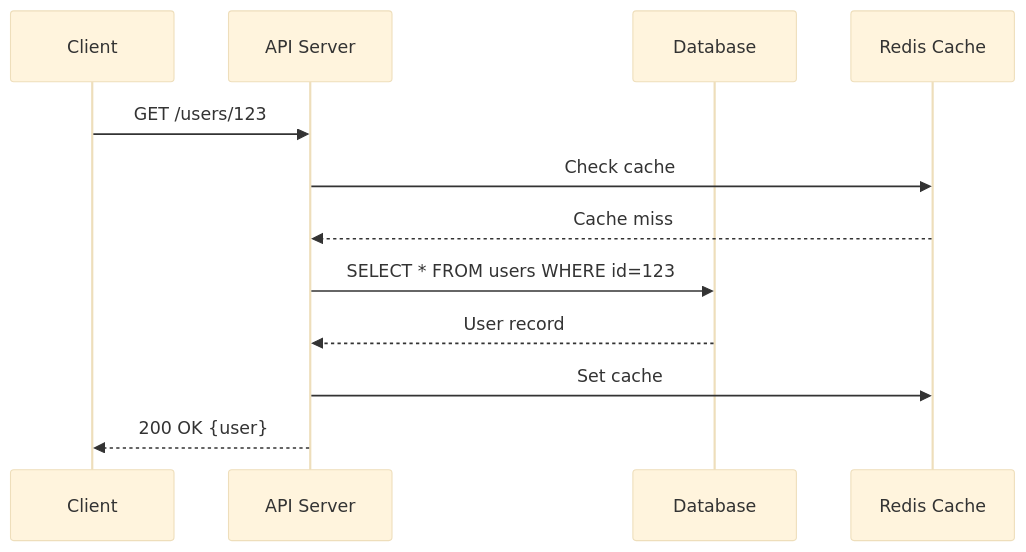
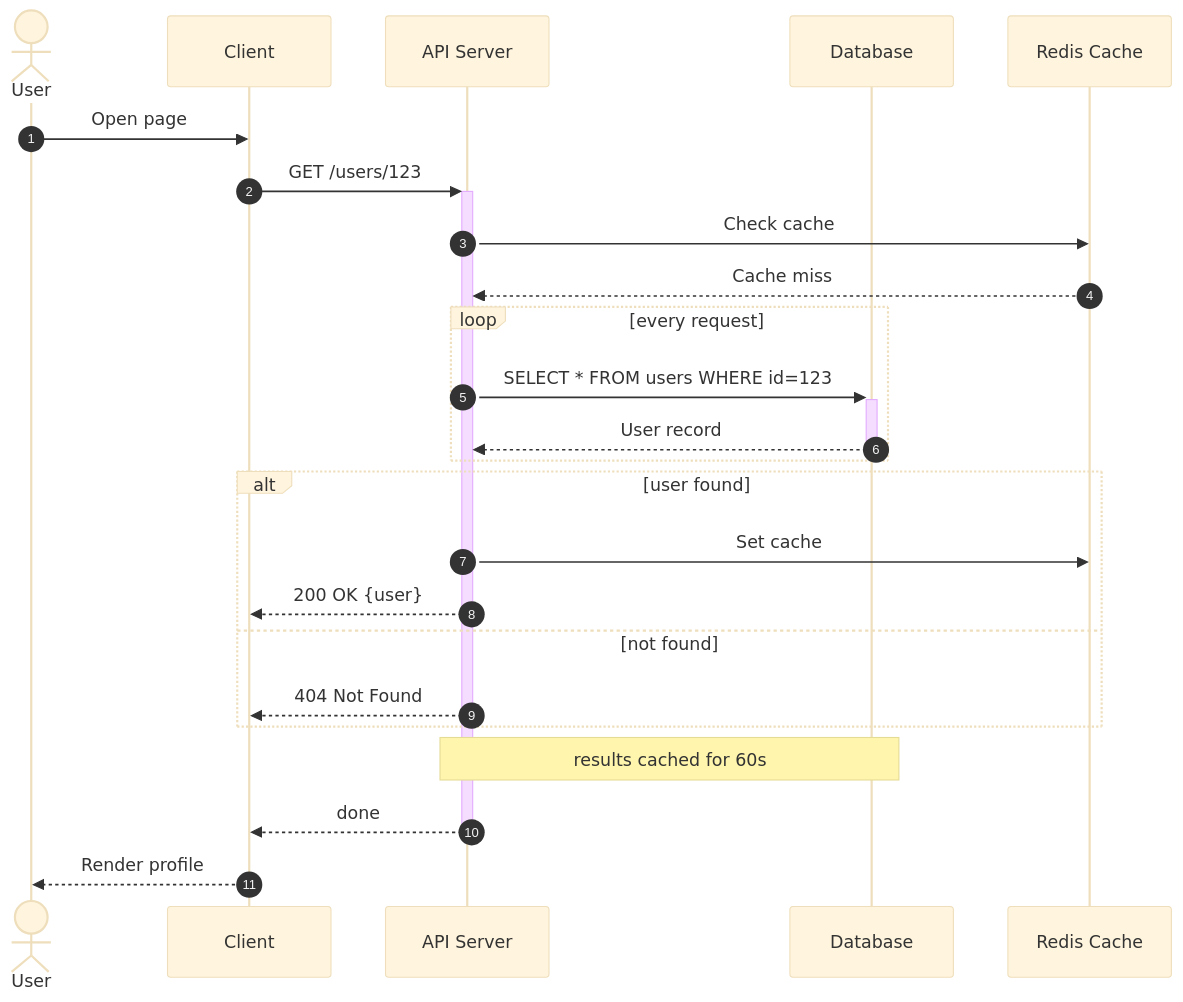
Before and after one commit to algorisys-oss/yappydraw: the diagram in examples/dsl/19-mermaid-sequence.mmd, drawn with Mermaid (base theme). The commit also changed 41 other files, not shown here.

```diff
--- a/examples/dsl/19-mermaid-sequence.mmd
+++ b/examples/dsl/19-mermaid-sequence.mmd
@@ -1,13 +1,25 @@
 sequenceDiagram
+    autonumber
+    actor U as User
     participant C as Client
     participant A as API Server
     participant D as Database
     participant R as Redis Cache
 
-    C->>A: GET /users/123
+    U->>C: Open page
+    C->>+A: GET /users/123
     A->>R: Check cache
     R-->>A: Cache miss
-    A->>D: SELECT * FROM users WHERE id=123
-    D-->>A: User record
-    A->>R: Set cache
-    A-->>C: 200 OK {user}
+    loop every request
+        A->>+D: SELECT * FROM users WHERE id=123
+        D-->>-A: User record
+    end
+    alt user found
+        A->>R: Set cache
+        A-->>C: 200 OK {user}
+    else not found
+        A-->>C: 404 Not Found
+    end
+    Note over A,D: results cached for 60s
+    A-->>-C: done
+    C-->>U: Render profile
```
